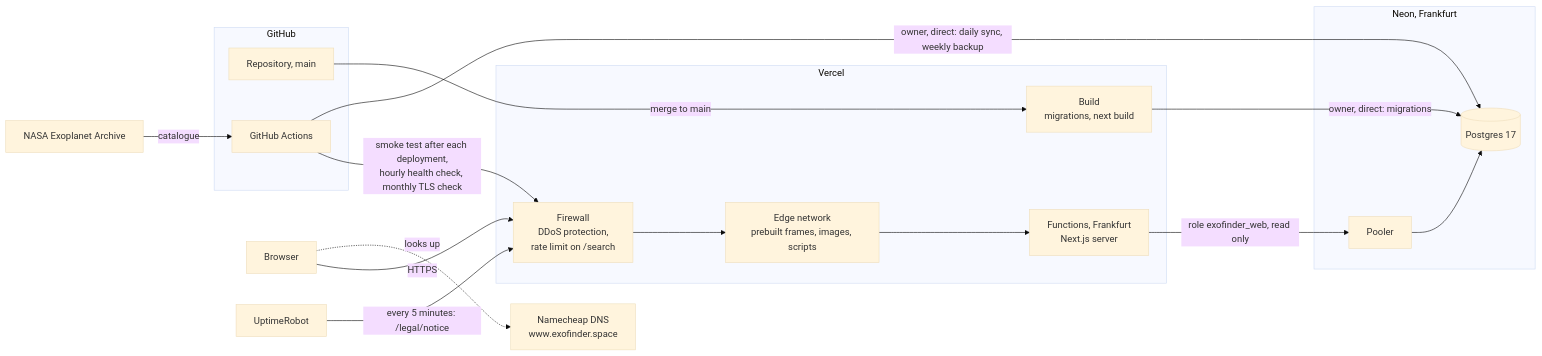
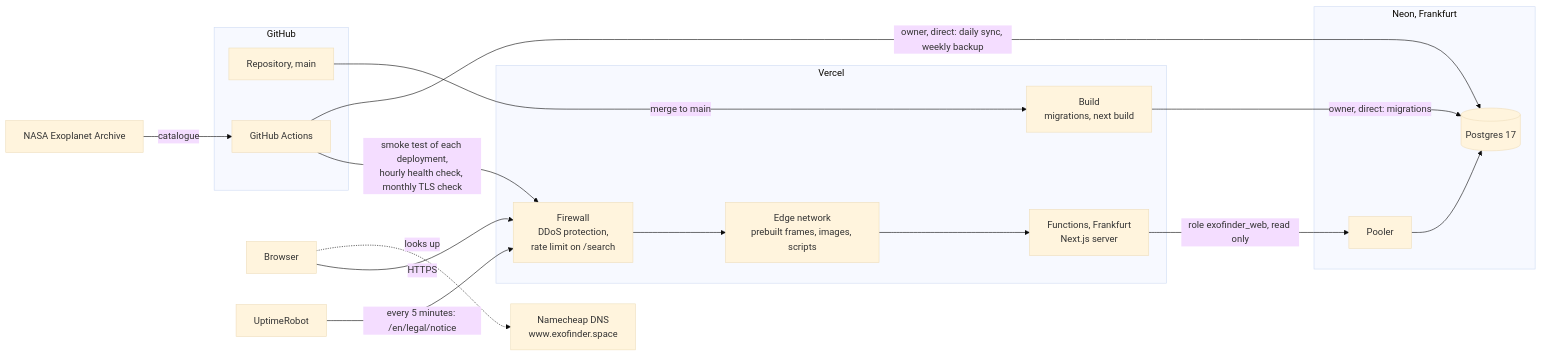
The second of 13 diagrams in docs/ARCHITECTURE.md (tomdevtech/ExoFinder), drawn with Mermaid (base theme) before and after one commit. The commit also changed other lines of this file and 123 other files, not shown here.

````diff
--- a/docs/ARCHITECTURE.md
+++ b/docs/ARCHITECTURE.md
@@ -52,31 +52,31 @@
 ```mermaid
 flowchart LR
     Browser
     NASA[NASA Exoplanet Archive]
     subgraph Vercel
         FW[Firewall<br>DDoS protection,<br>rate limit on /search]
         Edge[Edge network<br>prebuilt frames, images, scripts]
         Fn[Functions, Frankfurt<br>Next.js server]
         Build[Build<br>migrations, next build]
     end
     subgraph Neon[Neon, Frankfurt]
         Pooler
         PG[(Postgres 17)]
     end
     subgraph GitHub
         Repo[Repository, main]
         Actions[GitHub Actions]
     end
     Uptime[UptimeRobot]
     DNS[Namecheap DNS<br>www.exofinder.space]
 
     Browser -.->|looks up| DNS
     Browser -->|HTTPS| FW --> Edge --> Fn
     Fn -->|role exofinder_web, read only| Pooler --> PG
     Repo -->|merge to main| Build
     Build -->|owner, direct: migrations| PG
     NASA -->|catalogue| Actions
     Actions -->|owner, direct: daily sync, weekly backup| PG
-    Actions -->|smoke test after each deployment,<br>hourly health check, monthly TLS check| FW
-    Uptime -->|every 5 minutes: /legal/notice| FW
+    Actions -->|smoke test of each deployment,<br>hourly health check, monthly TLS check| FW
+    Uptime -->|every 5 minutes: /en/legal/notice| FW
 ```
````
